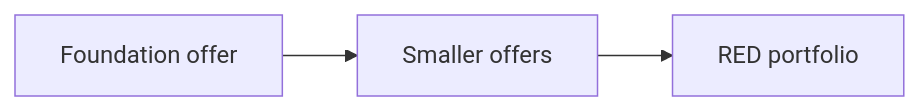
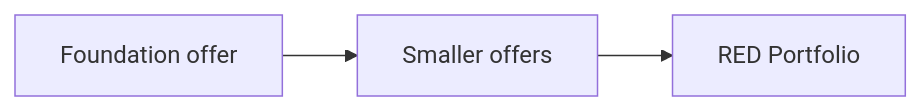
One commit to redrhino-online/red-canon changed the fifth of 8 diagrams in docs/method/develop-audience.md. Above: the diagram before and after it, drawn with Mermaid. The commit also changed other lines of this file and 5 other files, not shown here.

Commit message:
docs: brand the RED Portfolio and note client use license

````diff
--- a/docs/method/develop-audience.md
+++ b/docs/method/develop-audience.md
@@ -68,4 +68,4 @@
 ```mermaid
 flowchart LR
-    A[Foundation offer] --> B[Smaller offers] --> C[RED portfolio]
+    A[Foundation offer] --> B[Smaller offers] --> C[RED Portfolio]
 ```
````
